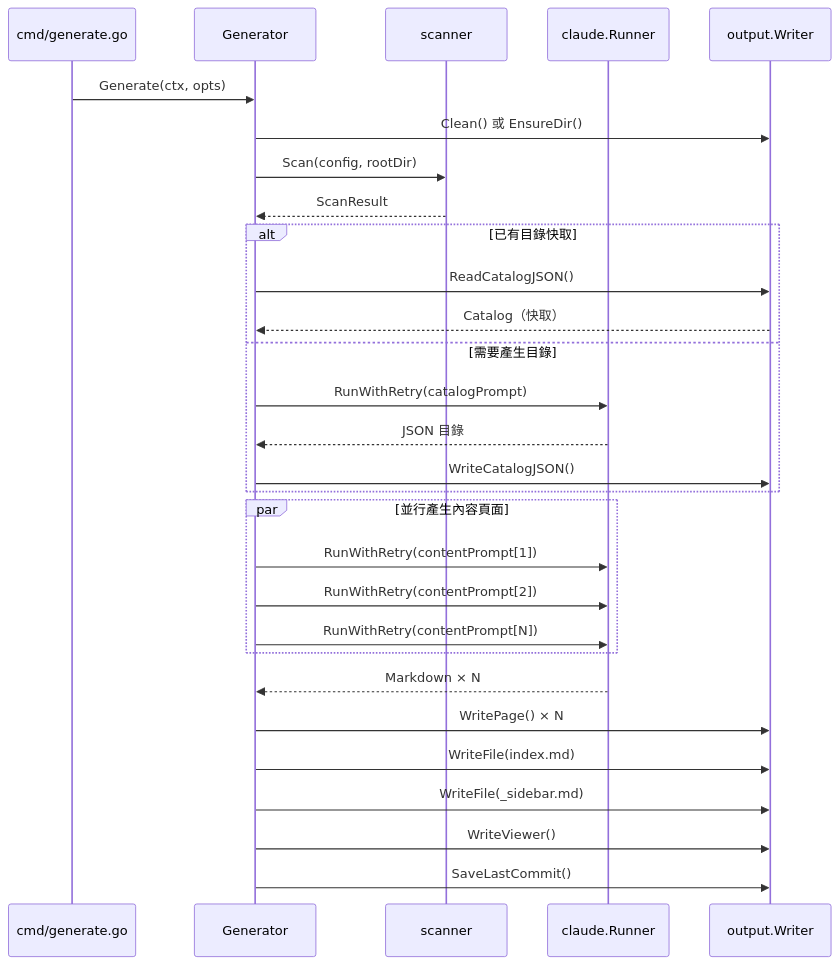
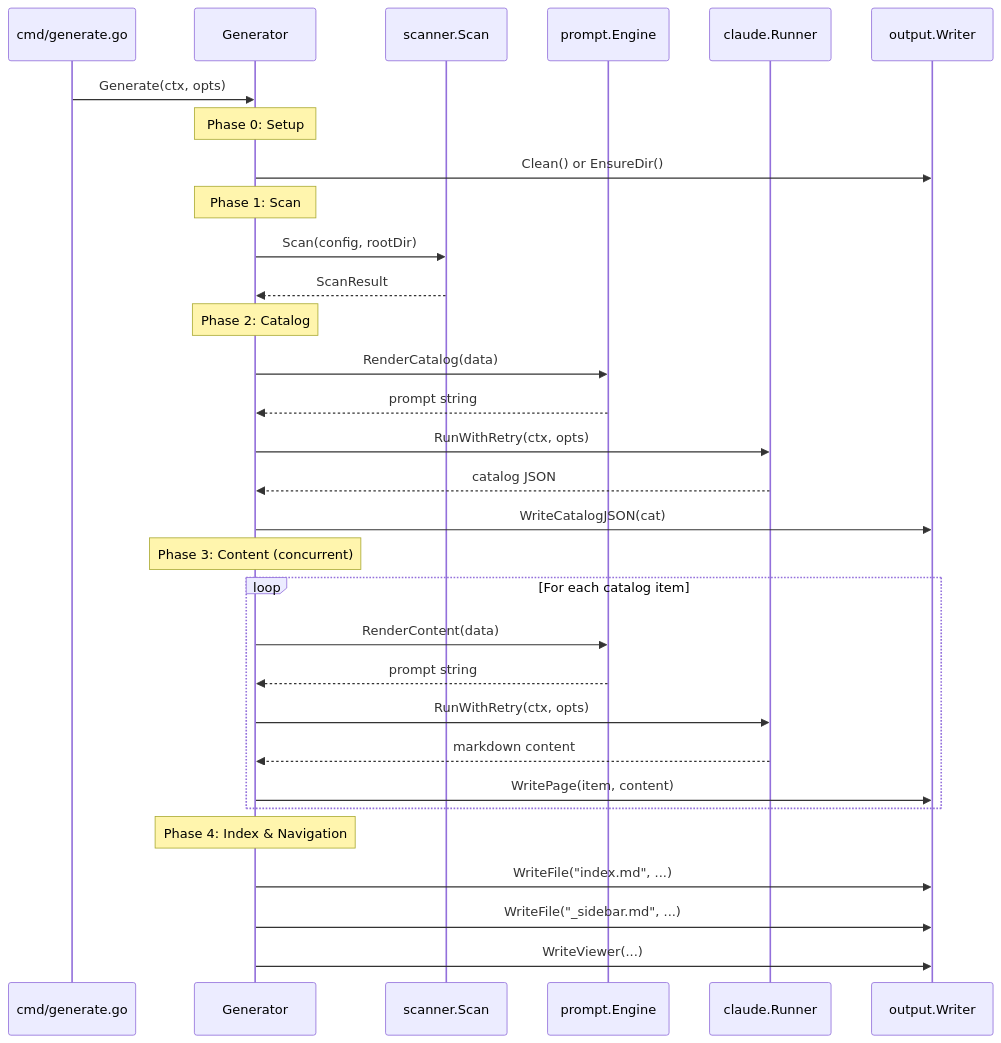
One commit to monkenWu/selfmd-claude-code changed the second of 4 diagrams in docs/architecture/pipeline/index.md. Above: the diagram before and after it, drawn with Mermaid. The commit also changed other lines of this file and 145 other files, not shown here.

````diff
--- a/docs/architecture/pipeline/index.md
+++ b/docs/architecture/pipeline/index.md
@@ -317,36 +107,39 @@
 ```mermaid
 sequenceDiagram
     participant CLI as cmd/generate.go
     participant Gen as Generator
-    participant Scan as scanner
-    participant Claude as claude.Runner
+    participant Scanner as scanner.Scan
+    participant Engine as prompt.Engine
+    participant Runner as claude.Runner
     participant Writer as output.Writer
 
     CLI->>Gen: Generate(ctx, opts)
-    Gen->>Writer: Clean() 或 EnsureDir()
 
-    Gen->>Scan: Scan(config, rootDir)
-    Scan-->>Gen: ScanResult
+    Note over Gen: Phase 0: Setup
+    Gen->>Writer: Clean() or EnsureDir()
 
-    alt 已有目錄快取
-        Gen->>Writer: ReadCatalogJSON()
-        Writer-->>Gen: Catalog（快取）
-    else 需要產生目錄
-        Gen->>Claude: RunWithRetry(catalogPrompt)
-        Claude-->>Gen: JSON 目錄
-        Gen->>Writer: WriteCatalogJSON()
+    Note over Gen: Phase 1: Scan
+    Gen->>Scanner: Scan(config, rootDir)
+    Scanner-->>Gen: ScanResult
+
+    Note over Gen: Phase 2: Catalog
+    Gen->>Engine: RenderCatalog(data)
+    Engine-->>Gen: prompt string
+    Gen->>Runner: RunWithRetry(ctx, opts)
+    Runner-->>Gen: catalog JSON
+    Gen->>Writer: WriteCatalogJSON(cat)
+
+    Note over Gen: Phase 3: Content (concurrent)
+    loop For each catalog item
+        Gen->>Engine: RenderContent(data)
+        Engine-->>Gen: prompt string
+        Gen->>Runner: RunWithRetry(ctx, opts)
+        Runner-->>Gen: markdown content
+        Gen->>Writer: WritePage(item, content)
     end
 
-    par 並行產生內容頁面
-        Gen->>Claude: RunWithRetry(contentPrompt[1])
-        Gen->>Claude: RunWithRetry(contentPrompt[2])
-        Gen->>Claude: RunWithRetry(contentPrompt[N])
-    end
-    Claude-->>Gen: Markdown × N
-    Gen->>Writer: WritePage() × N
-
-    Gen->>Writer: WriteFile(index.md)
-    Gen->>Writer: WriteFile(_sidebar.md)
-    Gen->>Writer: WriteViewer()
-    Gen->>Writer: SaveLastCommit()
+    Note over Gen: Phase 4: Index & Navigation
+    Gen->>Writer: WriteFile("index.md", ...)
+    Gen->>Writer: WriteFile("_sidebar.md", ...)
+    Gen->>Writer: WriteViewer(...)
 ```
````
